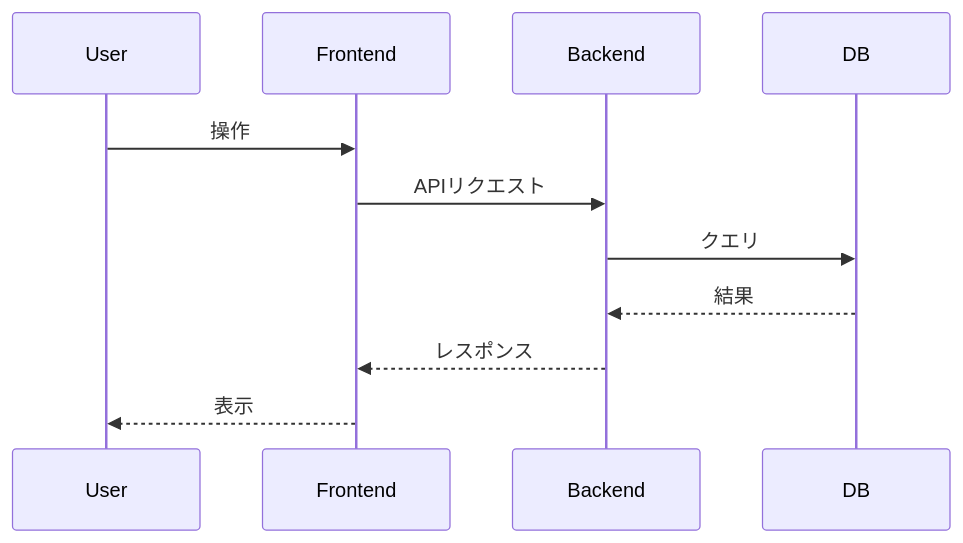
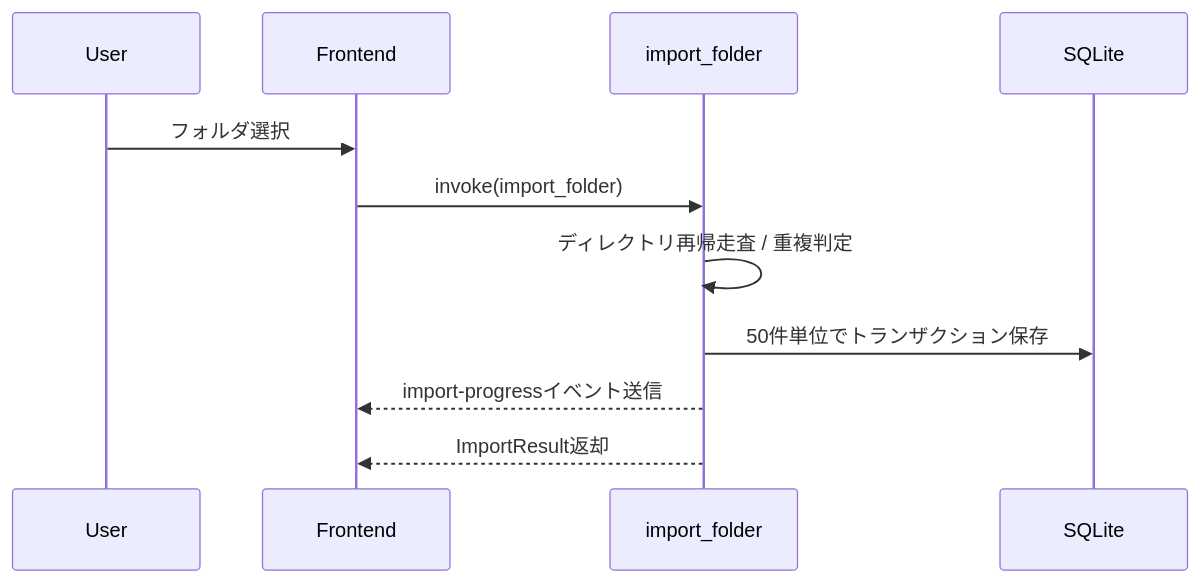
The second of 2 diagrams in docs/design/architecture.md (ban367/muspice), drawn with Mermaid before and after one commit. The commit also changed other lines of this file and 13 other files, not shown here.

````diff
--- a/docs/design/architecture.md
+++ b/docs/design/architecture.md
@@ -22,14 +48,14 @@
 ```mermaid
 sequenceDiagram
     participant User
     participant Frontend
-    participant Backend
-    participant DB
+    participant TauriCmd as import_folder
+    participant DB as SQLite
 
-    User->>Frontend: 操作
-    Frontend->>Backend: APIリクエスト
-    Backend->>DB: クエリ
-    DB-->>Backend: 結果
-    Backend-->>Frontend: レスポンス
-    Frontend-->>User: 表示
+    User->>Frontend: フォルダ選択
+    Frontend->>TauriCmd: invoke(import_folder)
+    TauriCmd->>TauriCmd: ディレクトリ再帰走査 / 重複判定
+    TauriCmd->>DB: 50件単位でトランザクション保存
+    TauriCmd-->>Frontend: import-progressイベント送信
+    TauriCmd-->>Frontend: ImportResult返却
 ```
````
